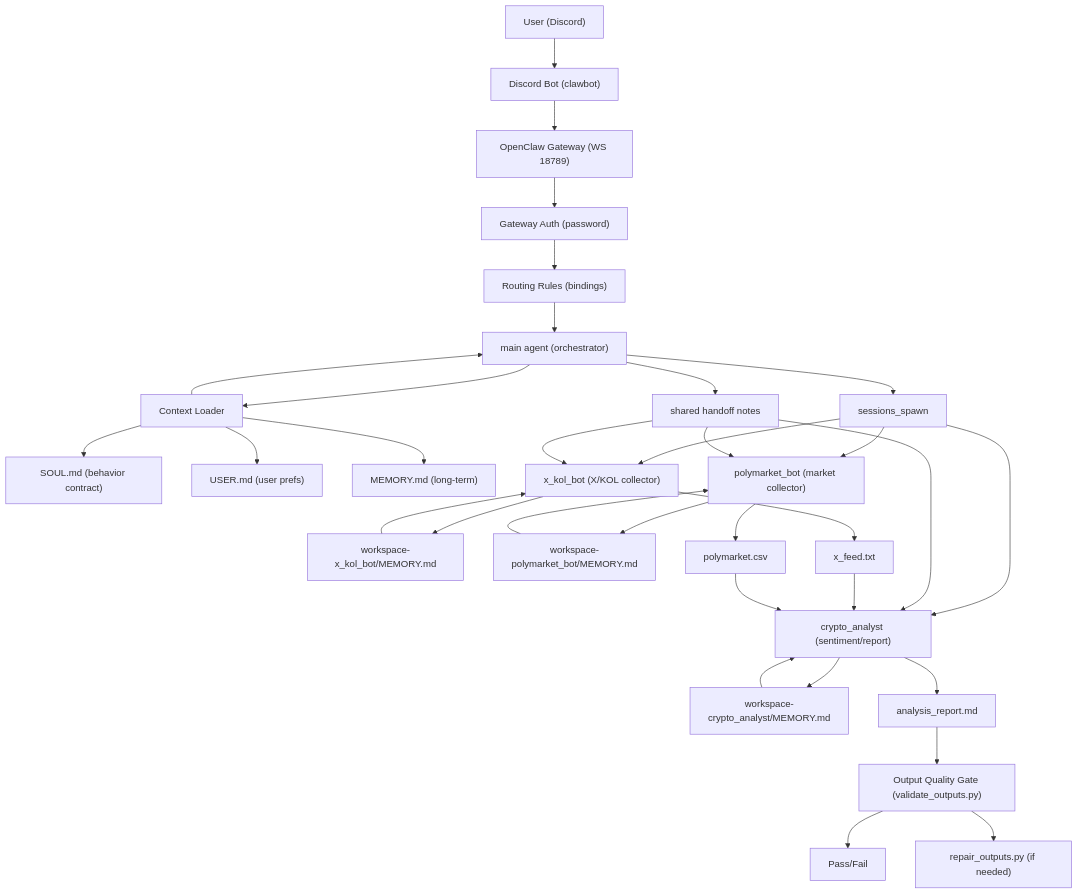
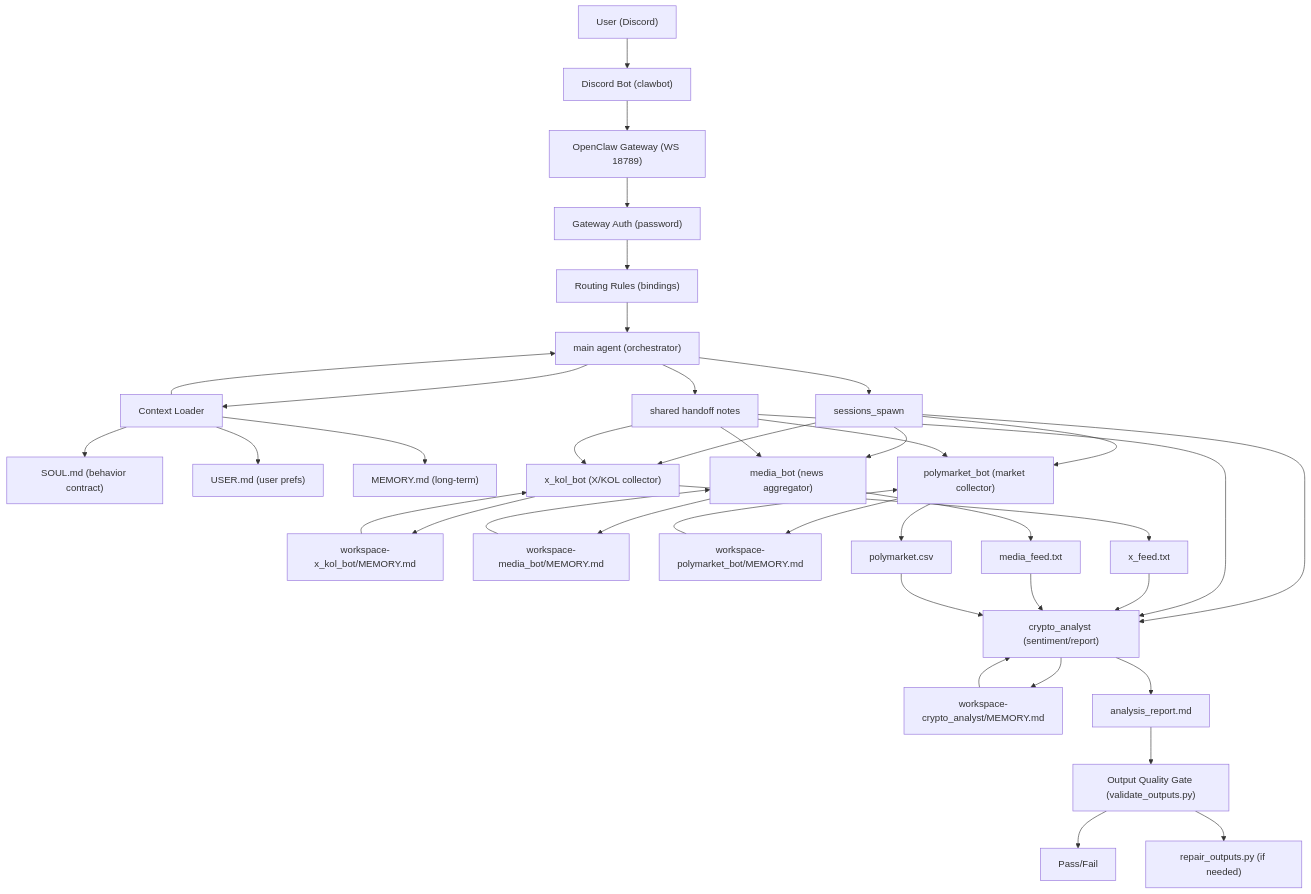
One commit to jiangew/openclaw-agents-assistant changed the diagram in README.md. Above: the diagram before and after it, drawn with Mermaid. The commit also changed other lines of this file, not shown here.

First line of the commit message:
Revise README for agent updates and new media_bot

````diff
--- a/README.md
+++ b/README.md
@@ -75,42 +81,48 @@
 ```mermaid
 flowchart TD
   U["User (Discord)"] --> D["Discord Bot (clawbot)"]
   D --> G["OpenClaw Gateway (WS 18789)"]
 
   G --> GA["Gateway Auth (password)"]
   GA --> GR["Routing Rules (bindings)"]
   GR --> M["main agent (orchestrator)"]
 
   M --> C1["Context Loader"]
   C1 --> SO["SOUL.md (behavior contract)"]
   C1 --> US["USER.md (user prefs)"]
   C1 --> MM["MEMORY.md (long-term)"]
   C1 --> M
   M --> S1["sessions_spawn"]
 
   S1 --> XK["x_kol_bot (X/KOL collector)"]
+  S1 --> MB["media_bot (news aggregator)"]
   S1 --> PM["polymarket_bot (market collector)"]
   S1 --> CA["crypto_analyst (sentiment/report)"]
 
   XK --> XKCTX["workspace-x_kol_bot/MEMORY.md"]
   XKCTX --> XK
+  MB --> MBCTX["workspace-media_bot/MEMORY.md"]
+  MBCTX --> MB
   PM --> PMCTX["workspace-polymarket_bot/MEMORY.md"]
   PMCTX --> PM
   CA --> CACTX["workspace-crypto_analyst/MEMORY.md"]
   CACTX --> CA
 
   M --> SH["shared handoff notes"]
   SH --> XK
+  SH --> MB
   SH --> PM
   SH --> CA
 
   XK --> XF["x_feed.txt"]
+  MB --> MF["media_feed.txt"]
   PM --> PC["polymarket.csv"]
   XF --> CA
+  MF --> CA
   PC --> CA
   CA --> AR["analysis_report.md"]
 
   AR --> QG["Output Quality Gate (validate_outputs.py)"]
   QG --> OK["Pass/Fail"]
   QG --> REP["repair_outputs.py (if needed)"]
 ```
````
